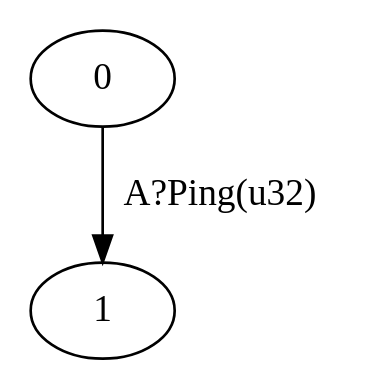
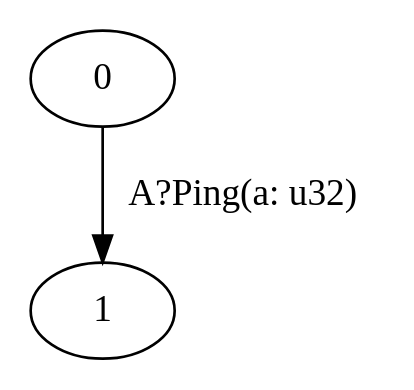
Before and after one commit to zakcutner/rumpsteak: the diagram in examples/simple_aepl/B.dot, drawn with Graphviz. The commit also changed 1 other file, not shown here.

```diff
--- a/examples/simple_aepl/B.dot
+++ b/examples/simple_aepl/B.dot
@@ -1,8 +1,8 @@
-digraph G {
+digraph B {
   0;
   1;
   
   
-  0 -> 1 [label="A?Ping(u32)", ];
+  0 -> 1 [label="A?Ping(a: u32)", ];
   
   }
```
